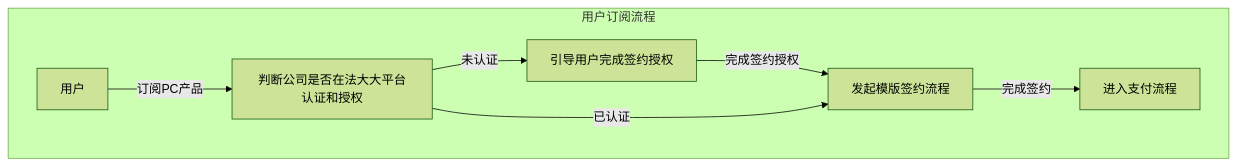
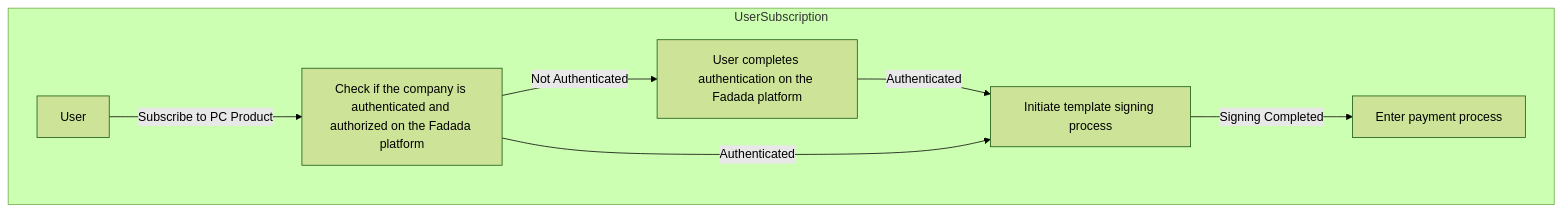
One commit to leonwgc/ant-admin-template changed the diagram in 订阅产品.mmd. Above: the diagram before and after it, drawn with Mermaid (forest theme). The commit also changed 1 other file, not shown here.

```diff
--- a/订阅产品.mmd
+++ b/订阅产品.mmd
@@ -1,8 +1,8 @@
 flowchart TD
-    subgraph 用户订阅流程
-        用户[用户] -->|订阅PC产品| 判断认证状态[判断公司是否在法大大平台认证和授权]
-        判断认证状态 -->|未认证| 引导签约[引导用户完成签约授权]
-        引导签约 -->|完成签约授权| 发起签约[发起模版签约流程]
-        判断认证状态 -->|已认证| 发起签约
-        发起签约 -->|完成签约| 支付流程[进入支付流程]
+    subgraph UserSubscription
+        User[User] -->|Subscribe to PC Product| CheckAuthenticationStatus[Check if the company is authenticated and authorized on the Fadada platform]
+        CheckAuthenticationStatus -->|Not Authenticated| GuideSigning[User completes authentication on the Fadada platform]
+        GuideSigning -->|Authenticated| InitiateSigning[Initiate template signing process]
+        CheckAuthenticationStatus -->|Authenticated| InitiateSigning
+        InitiateSigning -->|Signing Completed| PaymentProcess[Enter payment process]
     end
```
